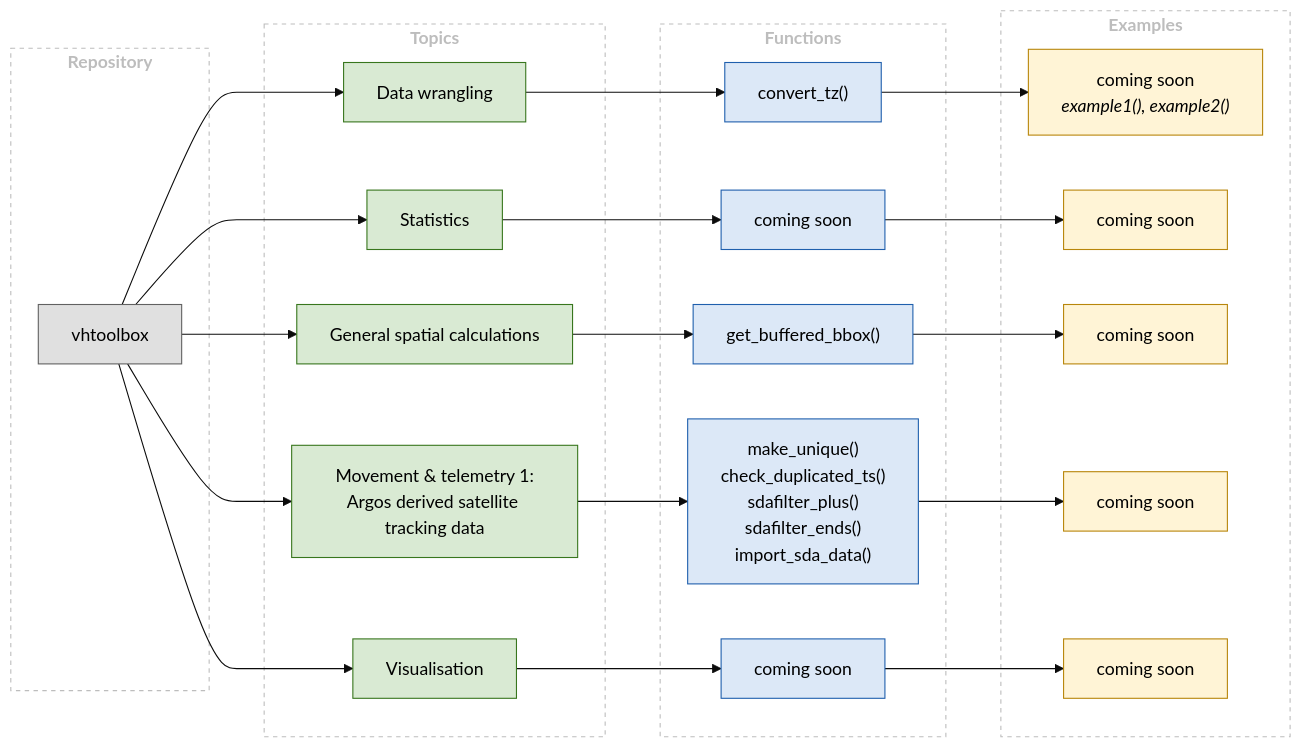
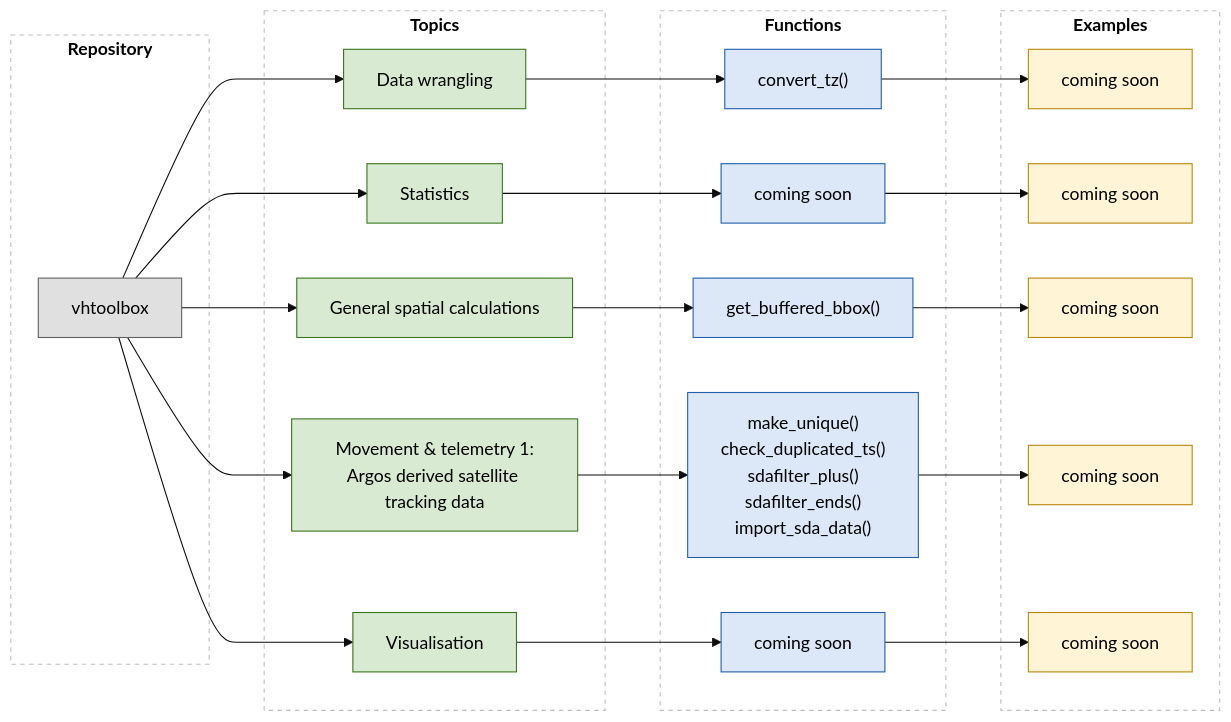
One commit to vheim/vhtoolbox changed the diagram in README.md. Above: the diagram before and after it, drawn with Mermaid (base theme).

Commit message:
flowchart changes

````diff
--- a/README.md
+++ b/README.md
@@ -25,49 +25,49 @@
 ```mermaid
 flowchart LR
   subgraph L1["<b>Repository</b>"]
     R["vhtoolbox"]
   end
   subgraph L2["<b>Topics</b>"]
     T1["Data wrangling"]
     T2["Statistics"]
     T3["General spatial calculations"]
     T4["Movement & telemetry 1:<br/>Argos derived satellite tracking data"]
     T5["Visualisation"]
   end
   subgraph L3["<b>Functions</b>"]
     F1["convert_tz()"]
     F2["coming soon"]
     F3["get_buffered_bbox()"]
     F4["make_unique()<br/>check_duplicated_ts()<br/>sdafilter_plus()<br/>sdafilter_ends()<br/>import_sda_data()"]
     F5["coming soon"]
   end
   subgraph L4["<b>Examples</b>"]
-    E1["coming soon<br/><i>example1(), example2()</i>"]
+    E1["coming soon"]
     E2["coming soon"]
     E3["coming soon"]
     E4["coming soon"]
     E5["coming soon"]
   end
 
   R --> T1 & T2 & T3 & T4 & T5
   T1 --> F1 --> E1
   T2 --> F2 --> E2
   T3 --> F3 --> E3
   T4 --> F4 --> E4
   T5 --> F5 --> E5
 
   %% One example box per topic: replace "coming soon" with the example name(s),
   %% each followed by the functions it uses in italics, e.g.
   %%   E4["Rexample_sdafilter_plus.R<br/><i>sdafilter_plus(), sdafilter_ends()</i>"]
 
   classDef repo     fill:#E0E0E0,stroke:#616161,color:#000;
   classDef topic    fill:#D9EAD3,stroke:#38761D,color:#000;
   classDef func     fill:#DCE8F7,stroke:#1F5FAD,color:#000;
   classDef example  fill:#FFF4D6,stroke:#B8860B,color:#000;
-  classDef level    fill:none,stroke:#BDBDBD,stroke-dasharray:4 4,color:#BDBDBD;
+  classDef level    fill:none,stroke:#BDBDBD,stroke-dasharray:4 4,color:#000;
   class R repo;
   class T1,T2,T3,T4,T5 topic;
   class F1,F2,F3,F4,F5 func;
   class E1,E2,E3,E4,E5 example;
   class L1,L2,L3,L4 level;
 ```
````
